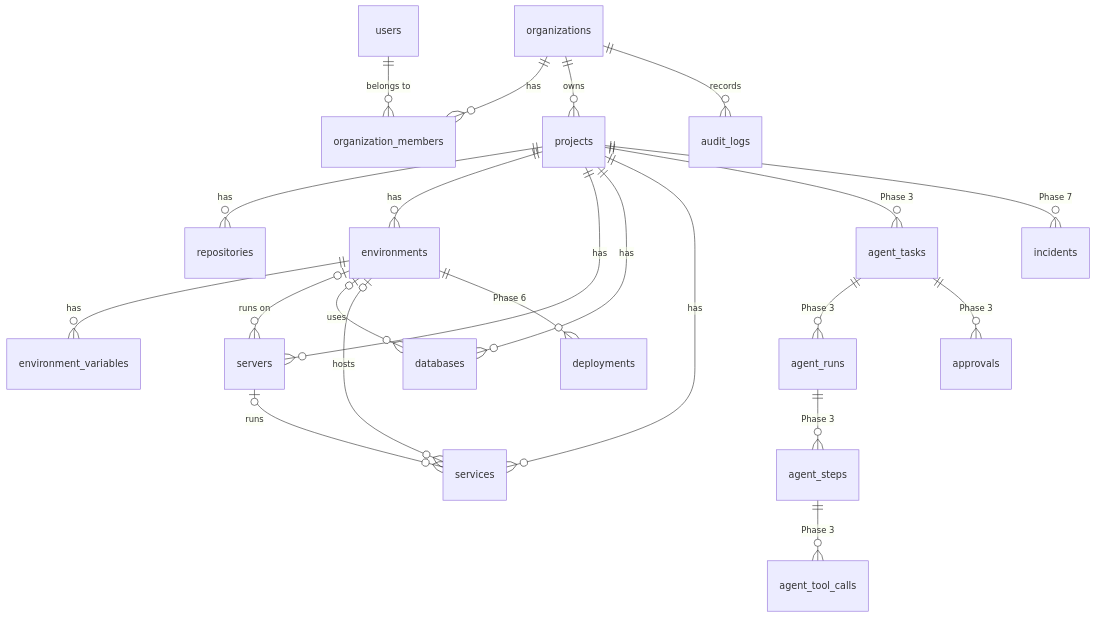
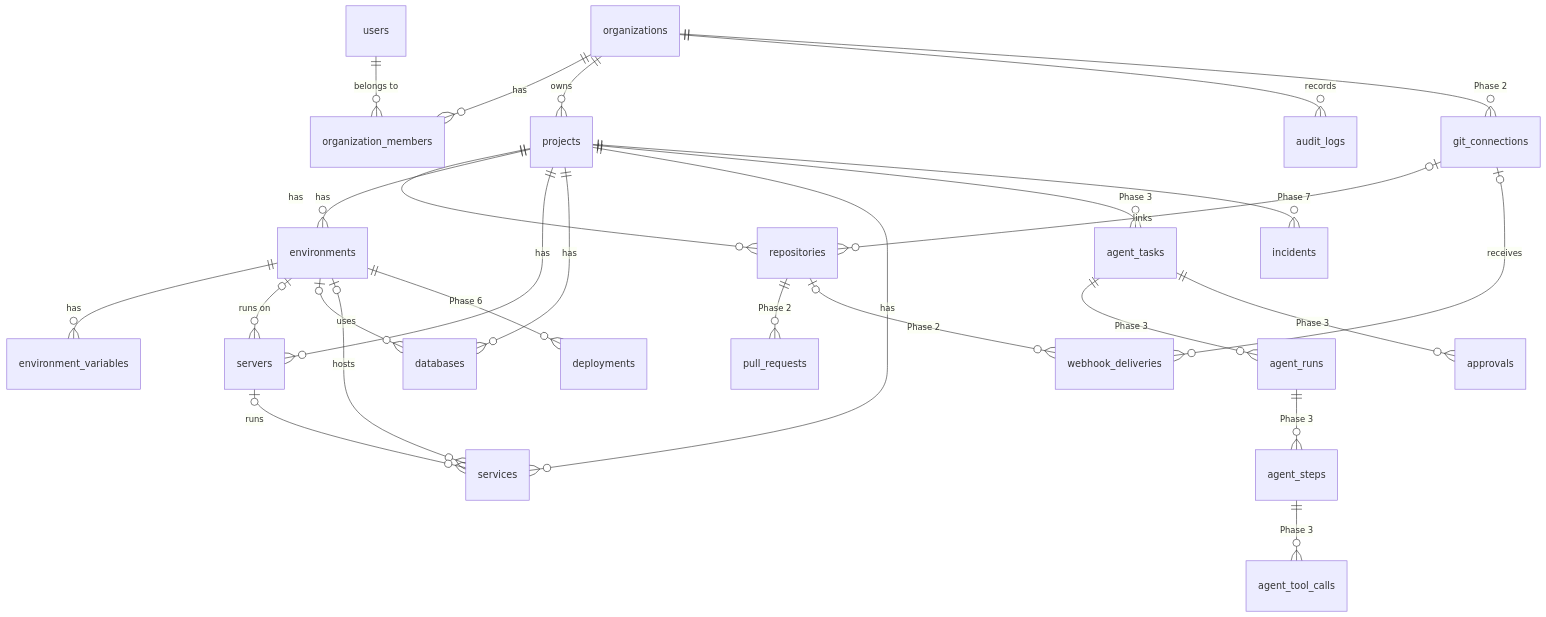
One commit to Zafiza1/AI_Agent changed the diagram in docs/architecture.md. Above: the diagram before and after it, drawn with Mermaid. The commit also changed other lines of this file and 79 other files, not shown here.

````diff
--- a/docs/architecture.md
+++ b/docs/architecture.md
@@ -102,25 +102,30 @@
 ```mermaid
 erDiagram
     users ||--o{ organization_members : "belongs to"
     organizations ||--o{ organization_members : has
     organizations ||--o{ projects : owns
     projects ||--o{ repositories : has
     projects ||--o{ environments : has
     environments ||--o{ environment_variables : has
     projects ||--o{ servers : has
     projects ||--o{ databases : has
     projects ||--o{ services : has
     environments |o--o{ servers : "runs on"
     environments |o--o{ databases : uses
     environments |o--o{ services : hosts
     servers |o--o{ services : runs
     organizations ||--o{ audit_logs : records
+    organizations ||--o{ git_connections : "Phase 2"
+    git_connections |o--o{ repositories : links
+    repositories ||--o{ pull_requests : "Phase 2"
+    repositories |o--o{ webhook_deliveries : "Phase 2"
+    git_connections |o--o{ webhook_deliveries : receives
 
     projects ||--o{ agent_tasks : "Phase 3"
     agent_tasks ||--o{ agent_runs : "Phase 3"
     agent_runs ||--o{ agent_steps : "Phase 3"
     agent_steps ||--o{ agent_tool_calls : "Phase 3"
     agent_tasks ||--o{ approvals : "Phase 3"
     environments ||--o{ deployments : "Phase 6"
     projects ||--o{ incidents : "Phase 7"
 ```
````
